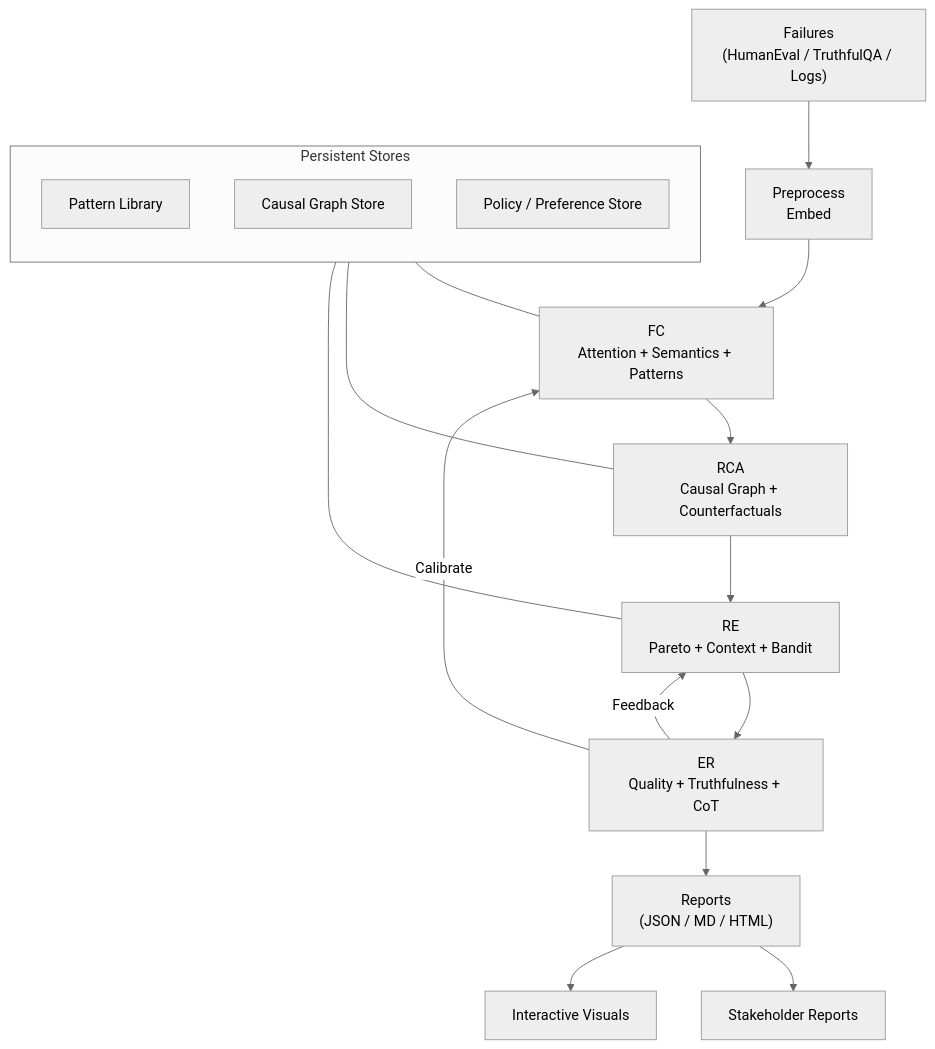
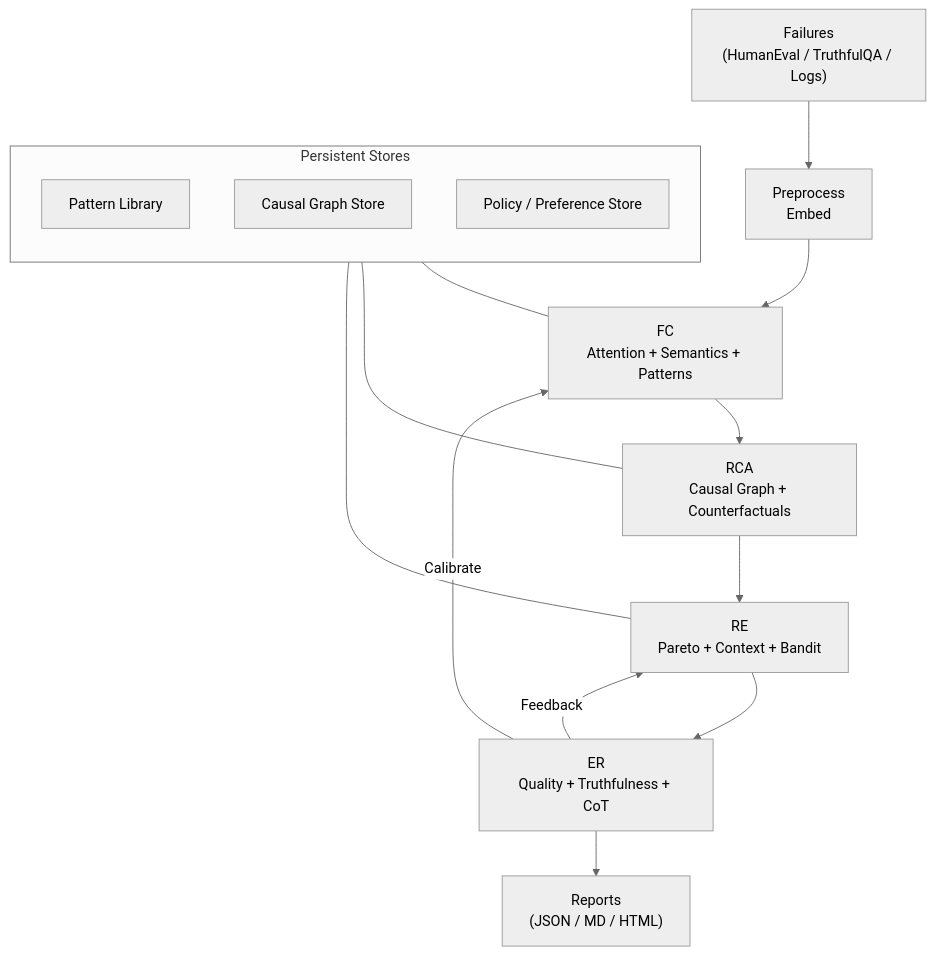
One commit to pipeedge/evals-explainability changed the diagram in ACADEMIC_PAPER_METHODOLOGY.md. Above: the diagram before and after it, drawn with Mermaid (neutral theme).

````diff
--- a/ACADEMIC_PAPER_METHODOLOGY.md
+++ b/ACADEMIC_PAPER_METHODOLOGY.md
@@ -54,28 +54,26 @@
 ```mermaid
 flowchart TD
   %% Compact, vertical layout for A4
   A["Failures<br/>(HumanEval / TruthfulQA / Logs)"] --> P["Preprocess<br/>Embed"]
   P --> FC["FC<br/>Attention + Semantics + Patterns"]
   FC --> RCA["RCA<br/>Causal Graph + Counterfactuals"]
   RCA --> RE["RE<br/>Pareto + Context + Bandit"]
   RE --> ER["ER<br/>Quality + Truthfulness + CoT"]
   ER --> OUT["Reports<br/>(JSON / MD / HTML)"]
-  OUT --> VIEW["Stakeholder Reports"]
-  OUT --> VIZ["Interactive Visuals"]
 
   %% Minimal feedback to reduce width
   ER -- "Calibrate" --> FC
   ER -- "Feedback" --> RE
 
   %% Stores stacked to the side to minimize width
   subgraph STORES["Persistent Stores"]
     direction TB
     PL["Pattern Library"]
     CG["Causal Graph Store"]
     POL["Policy / Preference Store"]
   end
 
   PL --- FC
   CG --- RCA
   POL --- RE
 ```
````
